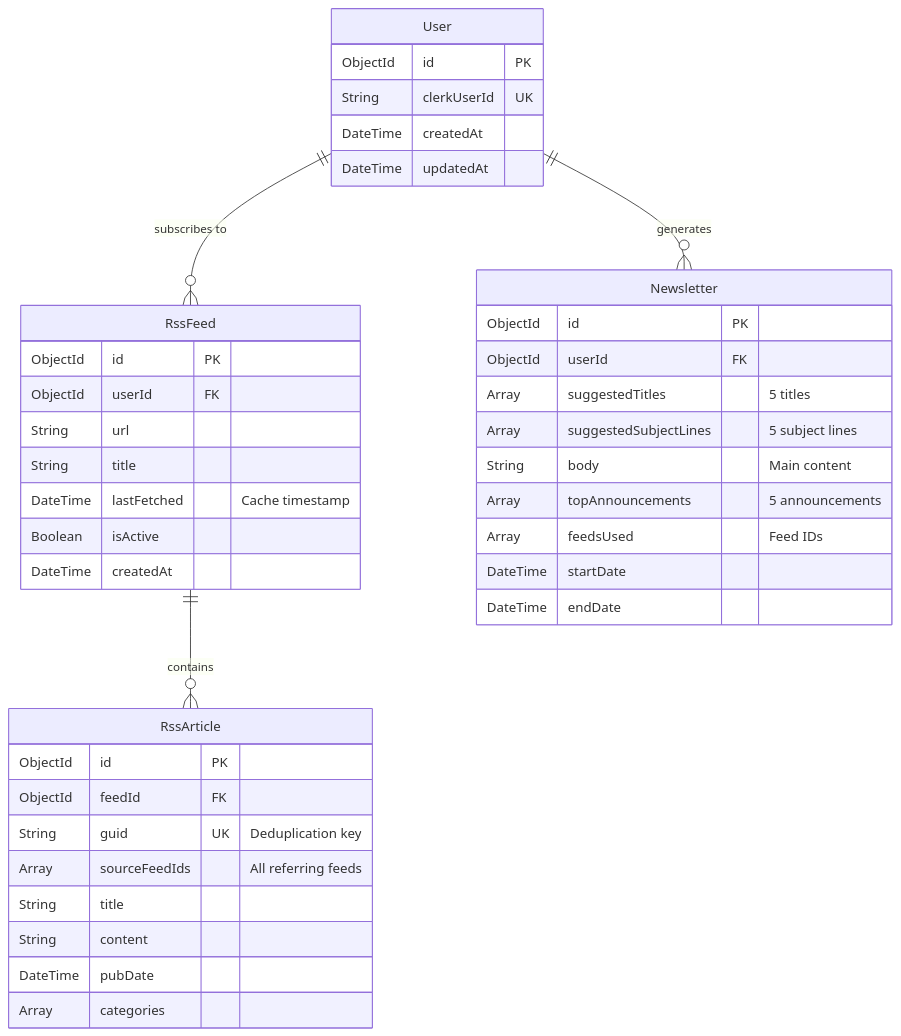
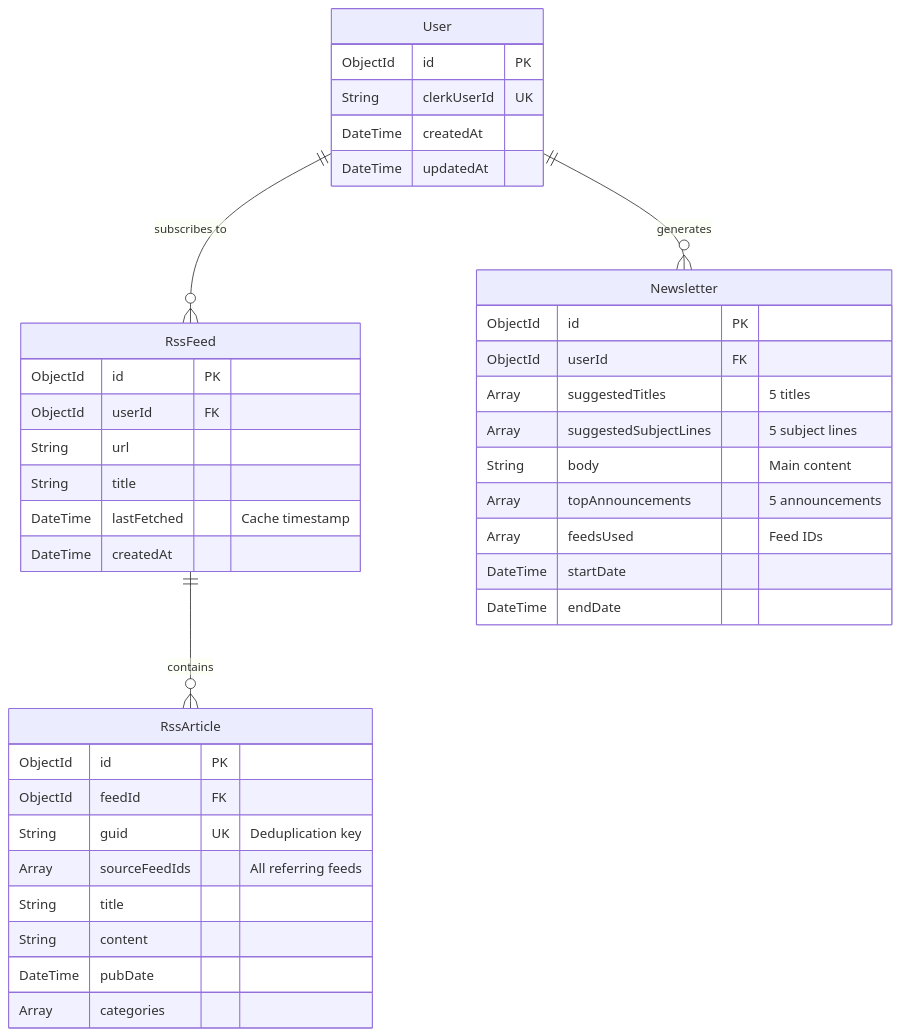
Before and after one commit to sonnysangha/AI-rss-newsletter-saas-openai-mongodb-prisma-clerk-nextjs-16: the fourth of 5 diagrams in RSS-SYSTEM.md, drawn with Mermaid. The commit also changed other lines of this file and 20 other files, not shown here.

````diff
--- a/RSS-SYSTEM.md
+++ b/RSS-SYSTEM.md
@@ -267,46 +267,45 @@
 ```mermaid
 erDiagram
     User ||--o{ RssFeed : "subscribes to"
     User ||--o{ Newsletter : "generates"
     RssFeed ||--o{ RssArticle : "contains"
     
     User {
         ObjectId id PK
         String clerkUserId UK
         DateTime createdAt
         DateTime updatedAt
     }
     
     RssFeed {
         ObjectId id PK
         ObjectId userId FK
         String url
         String title
         DateTime lastFetched "Cache timestamp"
-        Boolean isActive
         DateTime createdAt
     }
     
     RssArticle {
         ObjectId id PK
         ObjectId feedId FK
         String guid UK "Deduplication key"
         Array sourceFeedIds "All referring feeds"
         String title
         String content
         DateTime pubDate
         Array categories
     }
     
     Newsletter {
         ObjectId id PK
         ObjectId userId FK
         Array suggestedTitles "5 titles"
         Array suggestedSubjectLines "5 subject lines"
         String body "Main content"
         Array topAnnouncements "5 announcements"
         Array feedsUsed "Feed IDs"
         DateTime startDate
         DateTime endDate
     }
 ```
````
